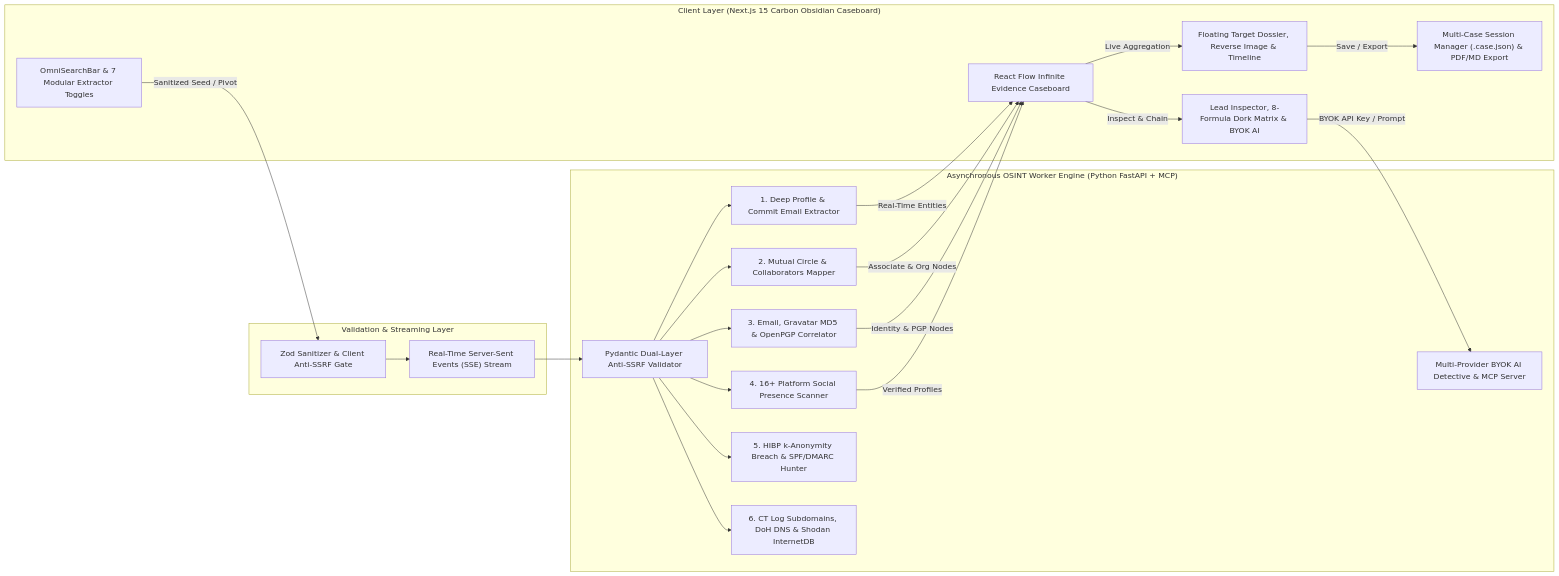
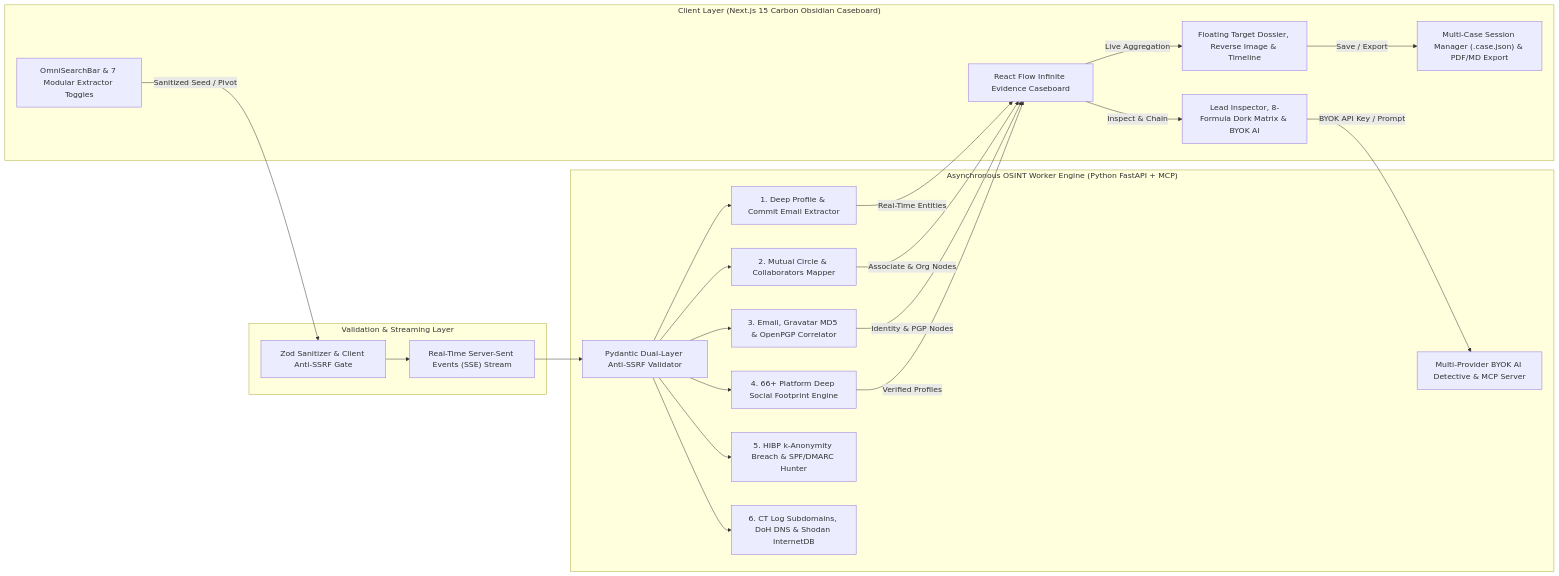
The diagram in README.md (felixpalingan/ISEEYOU), drawn with Mermaid before and after one commit. The commit also changed other lines of this file, not shown here.

Commit message:
docs(readme): document 66-platform deep social footprint engine

````diff
--- a/README.md
+++ b/README.md
@@ -41,44 +41,44 @@
 ```mermaid
 flowchart LR
   subgraph Client ["Client Layer (Next.js 15 Carbon Obsidian Caseboard)"]
     Omni["OmniSearchBar & 7 Modular Extractor Toggles"]
     Dossier["Floating Target Dossier, Reverse Image & Timeline"]
     Board["React Flow Infinite Evidence Caseboard"]
     Inspector["Lead Inspector, 8-Formula Dork Matrix & BYOK AI"]
     CaseMgr["Multi-Case Session Manager (.case.json) & PDF/MD Export"]
   end
 
   subgraph Gateway ["Validation & Streaming Layer"]
     SSRF1["Zod Sanitizer & Client Anti-SSRF Gate"]
     SSE["Real-Time Server-Sent Events (SSE) Stream"]
   end
 
   subgraph Engine ["Asynchronous OSINT Worker Engine (Python FastAPI + MCP)"]
     SSRF2["Pydantic Dual-Layer Anti-SSRF Validator"]
     Deep["1. Deep Profile & Commit Email Extractor"]
     Mutual["2. Mutual Circle & Collaborators Mapper"]
     EmailCorr["3. Email, Gravatar MD5 & OpenPGP Correlator"]
-    Socials["4. 16+ Platform Social Presence Scanner"]
+    Socials["4. 66+ Platform Deep Social Footprint Engine"]
     Breach["5. HIBP k-Anonymity Breach & SPF/DMARC Hunter"]
     WebInfra["6. CT Log Subdomains, DoH DNS & Shodan InternetDB"]
     AIDetect["Multi-Provider BYOK AI Detective & MCP Server"]
   end
 
   Omni -->|"Sanitized Seed / Pivot"| SSRF1
   SSRF1 --> SSE
   SSE --> SSRF2
   SSRF2 --> Deep
   SSRF2 --> Mutual
   SSRF2 --> EmailCorr
   SSRF2 --> Socials
   SSRF2 --> Breach
   SSRF2 --> WebInfra
   Deep -->|"Real-Time Entities"| Board
   Mutual -->|"Associate & Org Nodes"| Board
   EmailCorr -->|"Identity & PGP Nodes"| Board
   Socials -->|"Verified Profiles"| Board
   Board -->|"Live Aggregation"| Dossier
   Board -->|"Inspect & Chain"| Inspector
   Inspector -->|"BYOK API Key / Prompt"| AIDetect
   Dossier -->|"Save / Export"| CaseMgr
 ```
````
